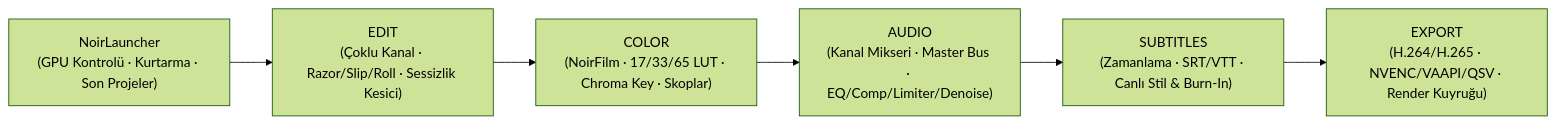
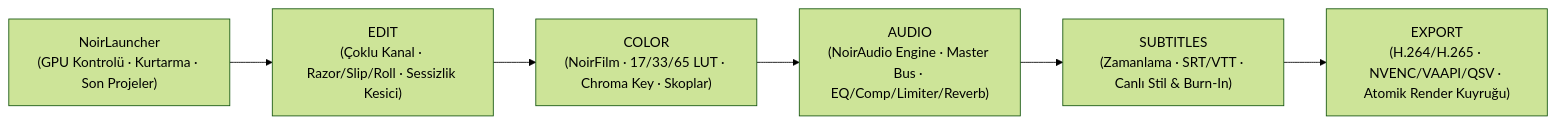
Before and after one commit to lakhermony/NoirCut: the diagram in README.md, drawn with Mermaid (forest theme). The commit also changed other lines of this file and 10 other files, not shown here.

Commit message:
release(v1.0.5): add NoirAudio Web Audio DSP engine, regression test suite, and complete release documentation

````diff
--- a/README.md
+++ b/README.md
@@ -83,8 +107,8 @@
 ```mermaid
 flowchart LR
     L["NoirLauncher\n(GPU Kontrolü · Kurtarma · Son Projeler)"] --> E["EDIT\n(Çoklu Kanal · Razor/Slip/Roll · Sessizlik Kesici)"]
     E --> G["COLOR\n(NoirFilm · 17/33/65 LUT · Chroma Key · Skoplar)"]
-    G --> A["AUDIO\n(Kanal Mikseri · Master Bus · EQ/Comp/Limiter/Denoise)"]
+    G --> A["AUDIO\n(NoirAudio Engine · Master Bus · EQ/Comp/Limiter/Reverb)"]
     A --> S["SUBTITLES\n(Zamanlama · SRT/VTT · Canlı Stil & Burn-In)"]
-    S --> X["EXPORT\n(H.264/H.265 · NVENC/VAAPI/QSV · Render Kuyruğu)"]
+    S --> X["EXPORT\n(H.264/H.265 · NVENC/VAAPI/QSV · Atomik Render Kuyruğu)"]
 ```
````
